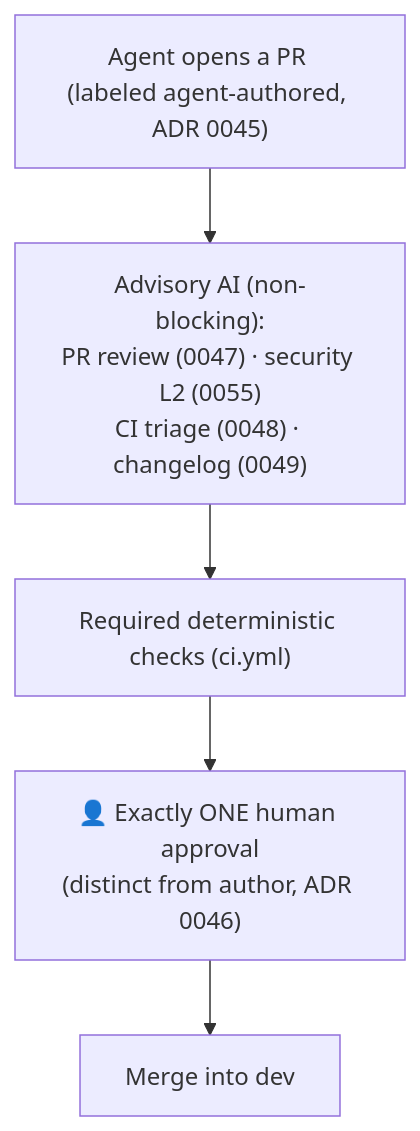
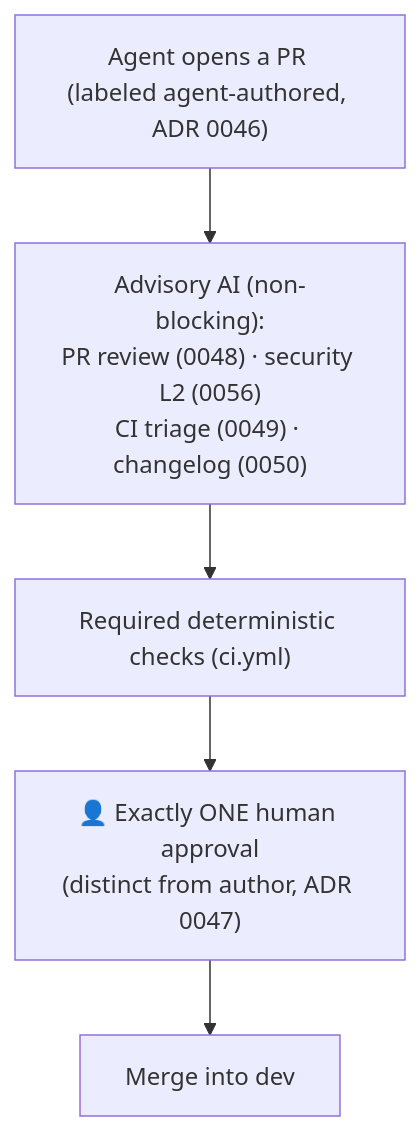
One commit to real-case/claude-code-nextjs-starter changed the seventh of 7 diagrams in AI-GUARDRAILS.md. Above: the diagram before and after it, drawn with Mermaid. The commit also changed other lines of this file and 203 other files, not shown here.

````diff
--- a/AI-GUARDRAILS.md
+++ b/AI-GUARDRAILS.md
@@ -365,7 +364,7 @@
 ```mermaid
 flowchart TD
-    pr["Agent opens a PR (labeled agent-authored, ADR 0045)"] --> advisory["Advisory AI (non-blocking):\nPR review (0047) · security L2 (0055)\nCI triage (0048) · changelog (0049)"]
+    pr["Agent opens a PR (labeled agent-authored, ADR 0046)"] --> advisory["Advisory AI (non-blocking):\nPR review (0048) · security L2 (0056)\nCI triage (0049) · changelog (0050)"]
     advisory --> deterministic["Required deterministic checks (ci.yml)"]
-    deterministic --> humangate["👤 Exactly ONE human approval\n(distinct from author, ADR 0046)"]
+    deterministic --> humangate["👤 Exactly ONE human approval\n(distinct from author, ADR 0047)"]
     humangate --> merge["Merge into dev"]
 ```
````
